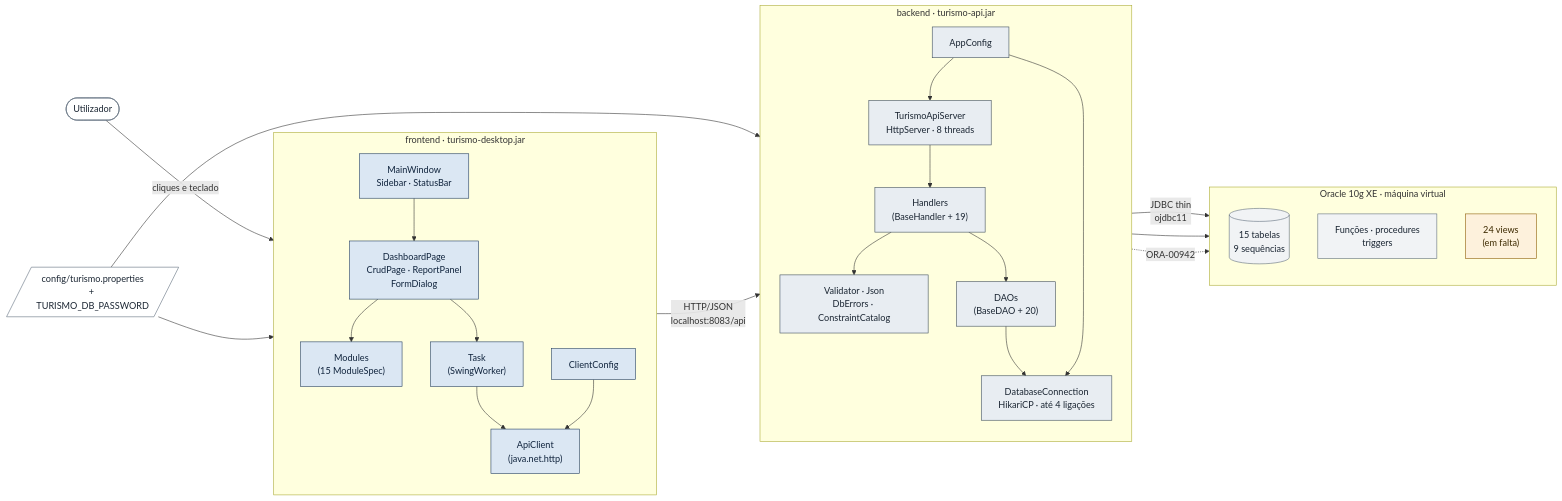
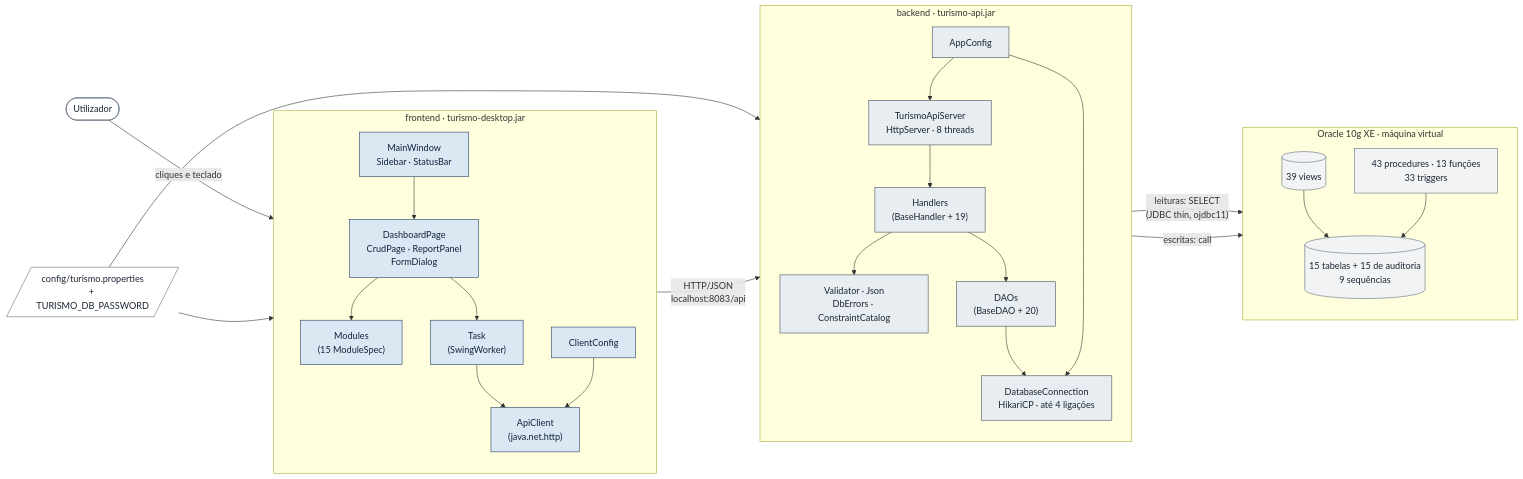
Before and after one commit to devyosef07/Trabalho_Gestao_Turismo: the first of 19 diagrams in documents/README.md, drawn with Mermaid. The commit also changed other lines of this file and 89 other files, not shown here.

````diff
--- a/documents/README.md
+++ b/documents/README.md
@@ -185,63 +185,63 @@
 ```mermaid
 flowchart LR
     U(["Utilizador"])
 
     subgraph FE["frontend · turismo-desktop.jar"]
         direction TB
         MW["MainWindow<br/>Sidebar · StatusBar"]
         PG["DashboardPage<br/>CrudPage · ReportPanel<br/>FormDialog"]
         MS["Modules<br/>(15 ModuleSpec)"]
         TK["Task<br/>(SwingWorker)"]
         AC["ApiClient<br/>(java.net.http)"]
         CC["ClientConfig"]
         MW --> PG
         PG --> MS
         PG --> TK
         TK --> AC
         CC --> AC
     end
 
     subgraph BE["backend · turismo-api.jar"]
         direction TB
         SRV["TurismoApiServer<br/>HttpServer · 8 threads"]
         HD["Handlers<br/>(BaseHandler + 19)"]
         UT["Validator · Json<br/>DbErrors · ConstraintCatalog"]
         DAO["DAOs<br/>(BaseDAO + 20)"]
         DBC["DatabaseConnection<br/>HikariCP · até 4 ligações"]
         CFG["AppConfig"]
         SRV --> HD
         HD --> UT
         HD --> DAO
         DAO --> DBC
         CFG --> DBC
         CFG --> SRV
     end
 
     subgraph ORA["Oracle 10g XE · máquina virtual"]
         direction TB
-        TB1[("15 tabelas<br/>9 sequências")]
-        PL["Funções · procedures<br/>triggers"]
-        VW["24 views<br/>(em falta)"]
+        TB1[("15 tabelas + 15 de auditoria<br/>9 sequências")]
+        PL["43 procedures · 13 funções<br/>33 triggers"]
+        VW[("39 views")]
     end
 
     CONF[/"config/turismo.properties<br/>+ TURISMO_DB_PASSWORD"/]
 
     U -->|"cliques e teclado"| MW
     AC -->|"HTTP/JSON<br/>localhost:8083/api"| SRV
-    DBC -->|"JDBC thin<br/>ojdbc11"| TB1
-    DBC --> PL
-    DBC -.->|"ORA-00942"| VW
+    DBC -->|"leituras: SELECT<br/>(JDBC thin, ojdbc11)"| VW
+    DBC -->|"escritas: call"| PL
+    VW --> TB1
+    PL --> TB1
     CONF --> CC
     CONF --> CFG
 
     classDef fe fill:#dbe7f3,stroke:#1e3a5f,color:#10243d
     classDef be fill:#e8edf2,stroke:#3b4a5a,color:#1b2633
     classDef db fill:#f1f3f5,stroke:#5c6b7a,color:#1b2633
     classDef warn fill:#fdf1dc,stroke:#8a5a00,color:#3d2a00
     classDef ext fill:#ffffff,stroke:#5c6b7a,color:#1b2633
     class MW,PG,MS,TK,AC,CC fe
     class SRV,HD,UT,DAO,DBC,CFG be
-    class TB1,PL db
-    class VW warn
+    class TB1,PL,VW db
     class U,CONF ext
 ```
````
